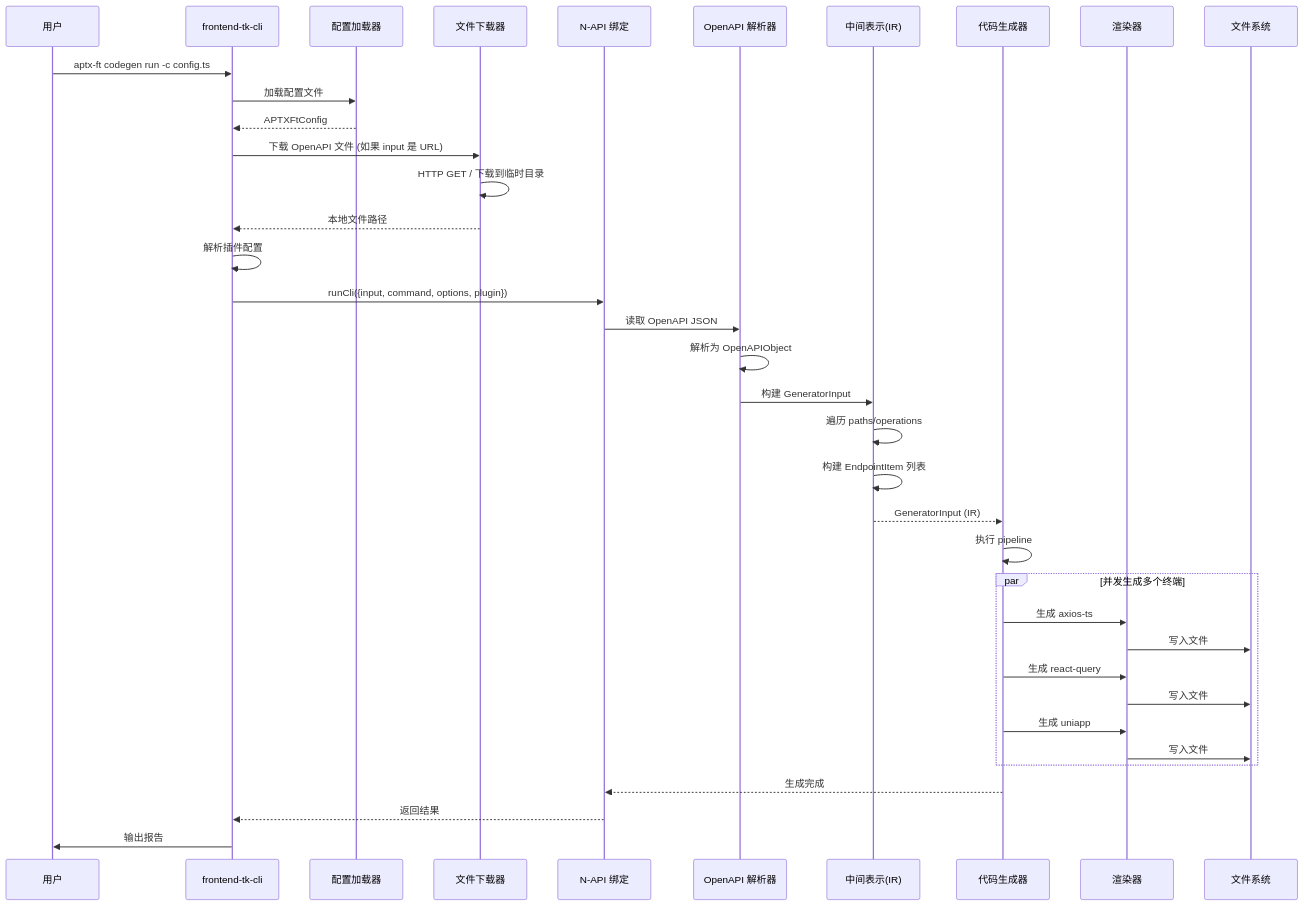
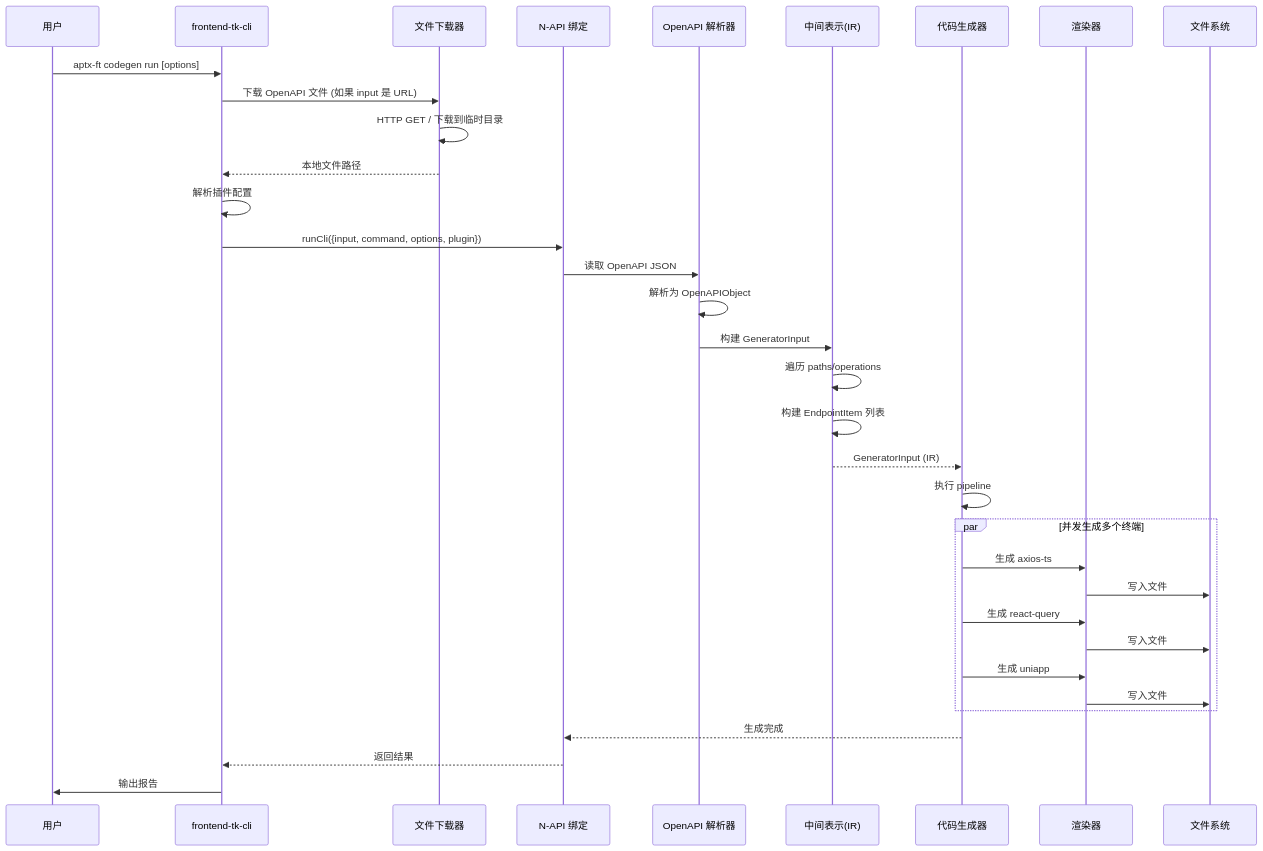
Before and after one commit to HaibaraAiAPTX/frontend_tk_rs: the fourth of 14 diagrams in docs/ARCHITECTURE.md, drawn with Mermaid. The commit also changed other lines of this file and 14 other files, not shown here.

````diff
--- a/docs/ARCHITECTURE.md
+++ b/docs/ARCHITECTURE.md
@@ -316,42 +306,39 @@
 ```mermaid
 sequenceDiagram
     participant User as 用户
     participant CLI as frontend-tk-cli
-    participant Config as 配置加载器
     participant Downloader as 文件下载器
     participant NAPI as N-API 绑定
     participant Parser as OpenAPI 解析器
     participant IR as 中间表示(IR)
     participant Gen as 代码生成器
     participant Render as 渲染器
     participant Output as 文件系统
 
-    User->>CLI: aptx-ft codegen run -c config.ts
-    CLI->>Config: 加载配置文件
-    Config-->>CLI: APTXFtConfig
+    User->>CLI: aptx-ft codegen run [options]
     CLI->>Downloader: 下载 OpenAPI 文件 (如果 input 是 URL)
     Downloader->>Downloader: HTTP GET / 下载到临时目录
     Downloader-->>CLI: 本地文件路径
     CLI->>CLI: 解析插件配置
     CLI->>NAPI: runCli({input, command, options, plugin})
     NAPI->>Parser: 读取 OpenAPI JSON
     Parser->>Parser: 解析为 OpenAPIObject
     Parser->>IR: 构建 GeneratorInput
     IR->>IR: 遍历 paths/operations
     IR->>IR: 构建 EndpointItem 列表
     IR-->>Gen: GeneratorInput (IR)
     Gen->>Gen: 执行 pipeline
 
     par 并发生成多个终端
         Gen->>Render: 生成 axios-ts
         Render->>Output: 写入文件
         Gen->>Render: 生成 react-query
         Render->>Output: 写入文件
         Gen->>Render: 生成 uniapp
         Render->>Output: 写入文件
     end
 
     Gen-->>NAPI: 生成完成
     NAPI-->>CLI: 返回结果
     CLI->>User: 输出报告
 ```
````
